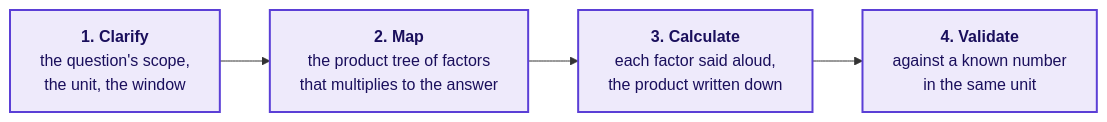
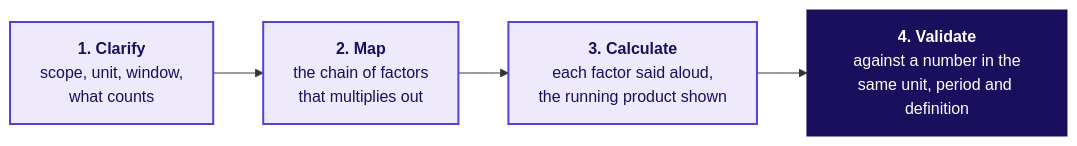
One commit to fde-academy-lab/c2-content-factory changed the third of 6 diagrams in content/W04/D2/slides/C2_W04_D02_half2_STUDENT.md. Above: the diagram before and after it, drawn with Mermaid. The commit also changed other lines of this file and 8 other files, not shown here.

````diff
--- a/content/W04/D2/slides/C2_W04_D02_half2_STUDENT.md
+++ b/content/W04/D2/slides/C2_W04_D02_half2_STUDENT.md
@@ -79,11 +105,12 @@
 ```mermaid
 flowchart LR
-    C["<b>1. Clarify</b><br/>the question's scope,<br/>the unit, the window"]
-    M["<b>2. Map</b><br/>the product tree of factors<br/>that multiplies to the answer"]
-    L["<b>3. Calculate</b><br/>each factor said aloud,<br/>the product written down"]
-    V["<b>4. Validate</b><br/>against a known number<br/>in the same unit"]
+    C["<b>1. Clarify</b><br/>scope, unit, window,<br/>what counts"]
+    M["<b>2. Map</b><br/>the chain of factors<br/>that multiplies out"]
+    L["<b>3. Calculate</b><br/>each factor said aloud,<br/>the running product shown"]
+    V["<b>4. Validate</b><br/>against a number in the<br/>same unit, period and definition"]
     C --> M --> L --> V
+    classDef known fill:#EEEAFB,stroke:#5B3FD6,color:#1A0F5C,stroke-width:2px
     classDef lit fill:#1A0F5C,stroke:#1A0F5C,color:#FFFFFF
-    classDef known fill:#EEEAFB,stroke:#5B3FD6,color:#1A0F5C,stroke-width:2px
-    class C,M,L,V known
+    class C,M,L known
+    class V lit
 ```
````
